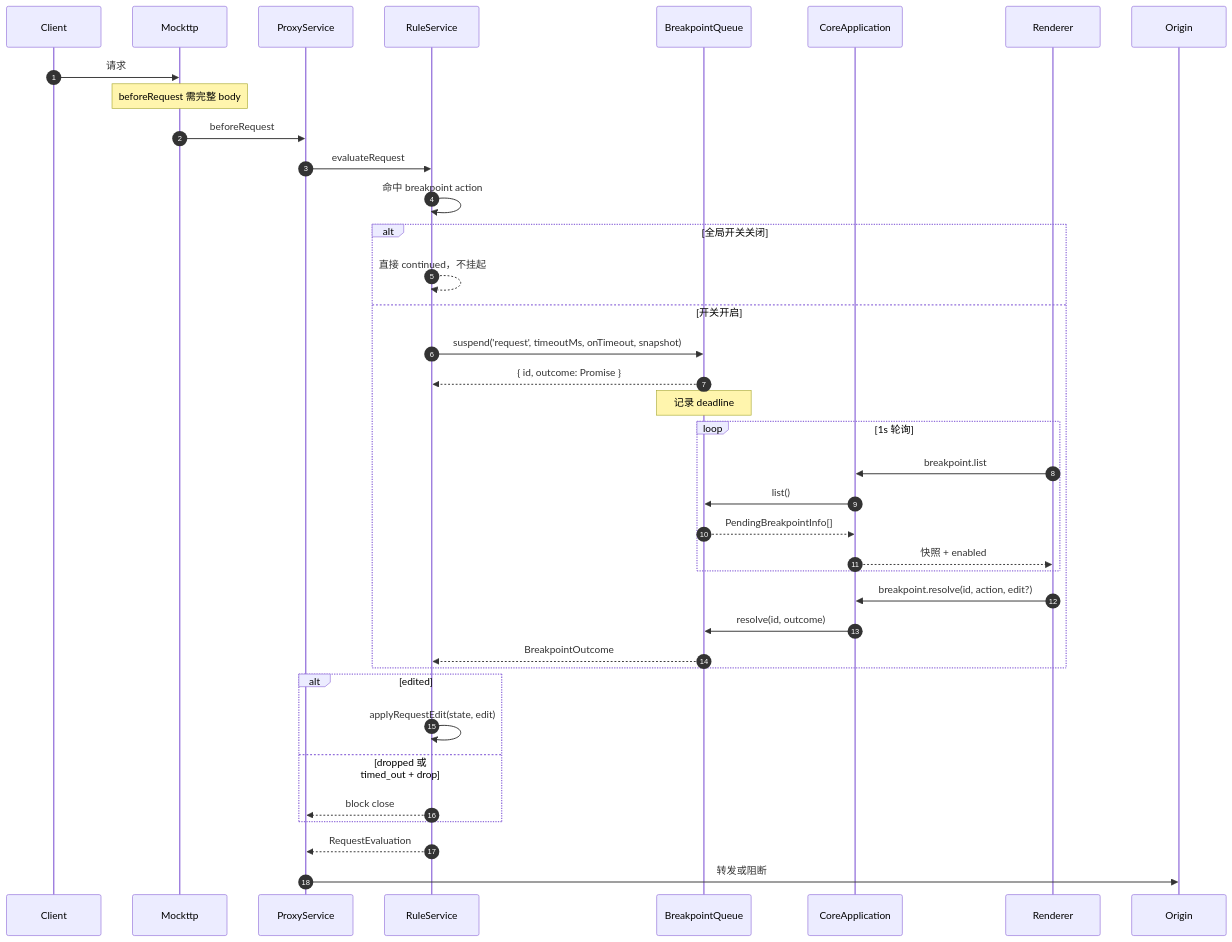
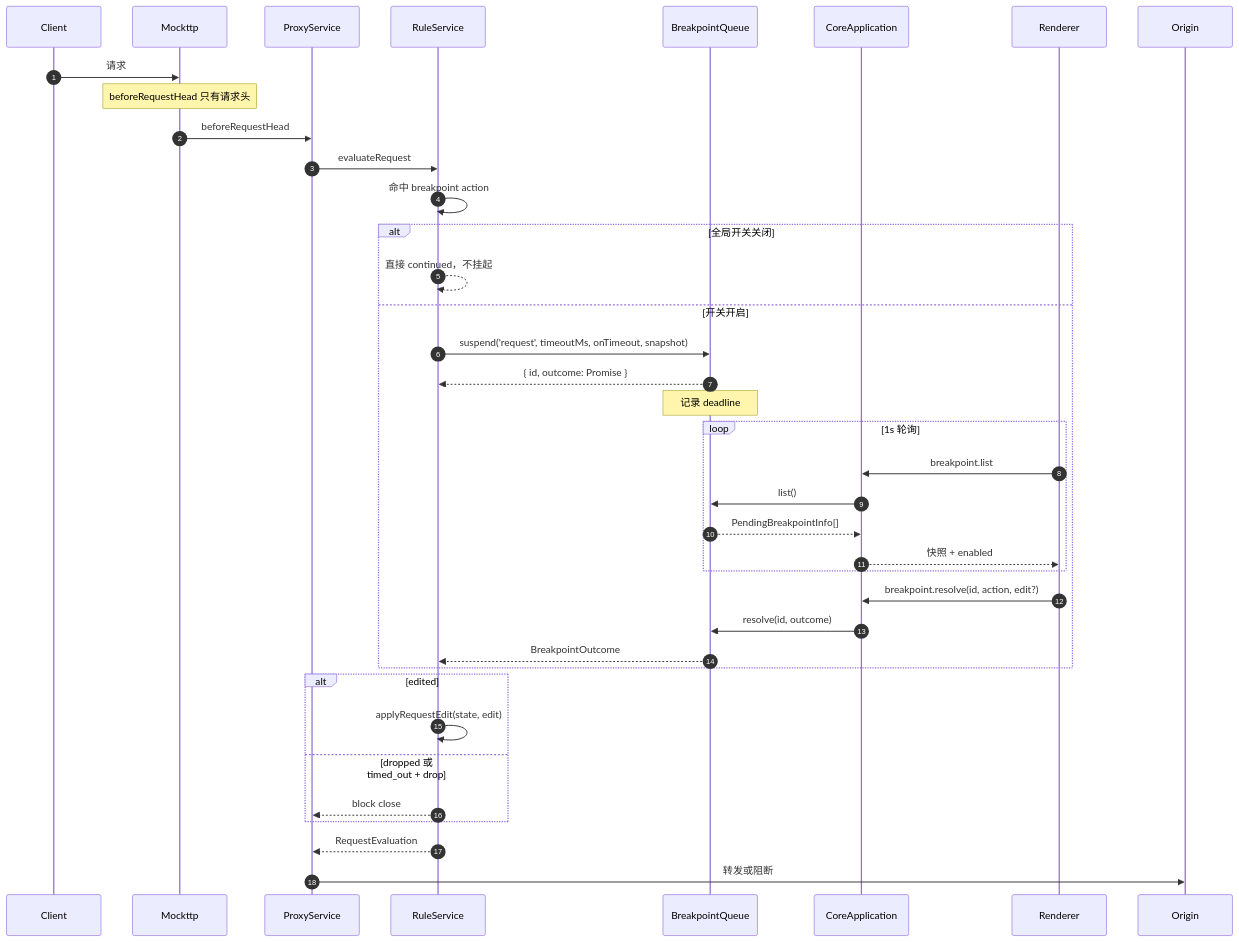
Before and after one commit to zhxmt-xm/Interceptor: the second of 3 diagrams in architecture/features/breakpoints.md, drawn with Mermaid. The commit also changed other lines of this file and 196 other files, not shown here.

````diff
--- a/architecture/features/breakpoints.md
+++ b/architecture/features/breakpoints.md
@@ -52,46 +54,46 @@
 ```mermaid
 sequenceDiagram
     autonumber
     participant Client
     participant Mockttp
     participant Proxy as ProxyService
     participant Engine as RuleService
     participant Queue as BreakpointQueue
     participant App as CoreApplication
     participant UI as Renderer
     participant Origin
 
     Client->>Mockttp: 请求
-    Note over Mockttp: beforeRequest 需完整 body
-    Mockttp->>Proxy: beforeRequest
+    Note over Mockttp: beforeRequestHead 只有请求头
+    Mockttp->>Proxy: beforeRequestHead
     Proxy->>Engine: evaluateRequest
 
     Engine->>Engine: 命中 breakpoint action
     alt 全局开关关闭
         Engine-->>Engine: 直接 continued，不挂起
     else 开关开启
         Engine->>Queue: suspend('request', timeoutMs, onTimeout, snapshot)
         Queue-->>Engine: { id, outcome: Promise }
         Note over Queue: 记录 deadline
 
         loop 1s 轮询
             UI->>App: breakpoint.list
             App->>Queue: list()
             Queue-->>App: PendingBreakpointInfo[]
             App-->>UI: 快照 + enabled
         end
 
         UI->>App: breakpoint.resolve(id, action, edit?)
         App->>Queue: resolve(id, outcome)
         Queue-->>Engine: BreakpointOutcome
     end
 
     alt edited
         Engine->>Engine: applyRequestEdit(state, edit)
     else dropped 或 timed_out + drop
         Engine-->>Proxy: block close
     end
 
     Engine-->>Proxy: RequestEvaluation
     Proxy->>Origin: 转发或阻断
 ```
````
